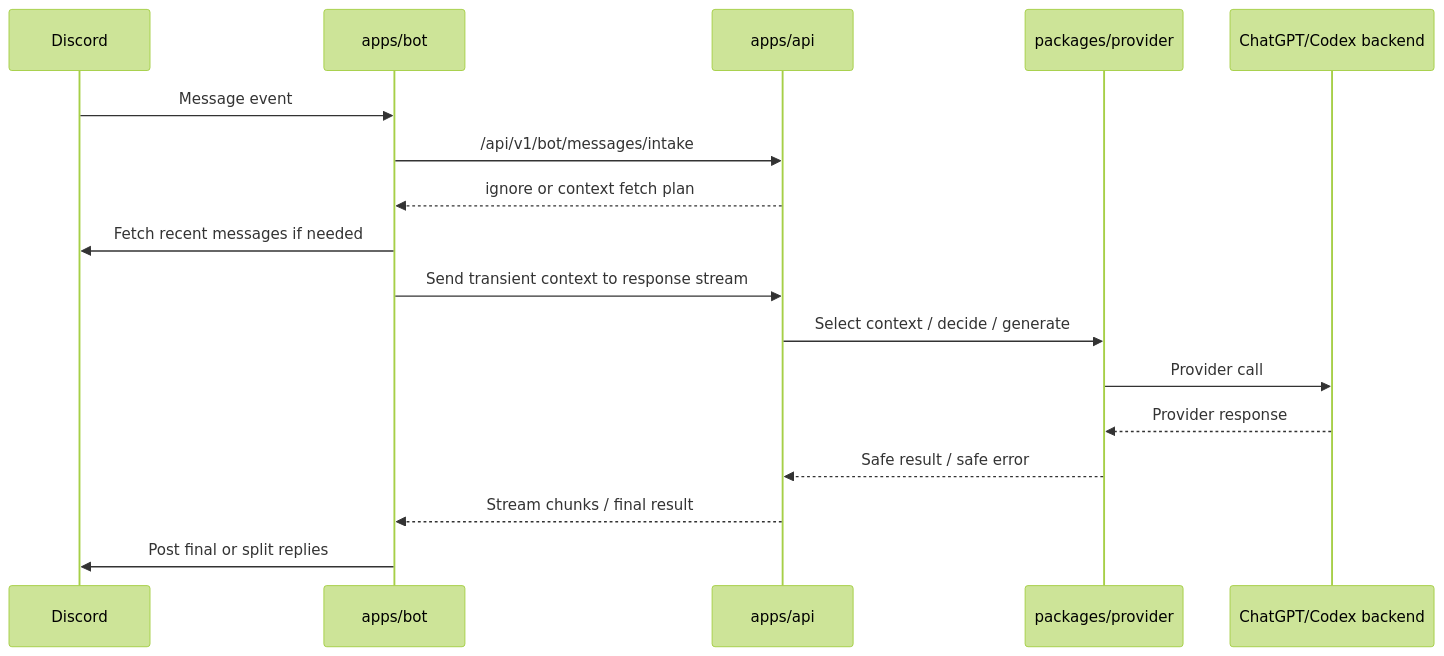
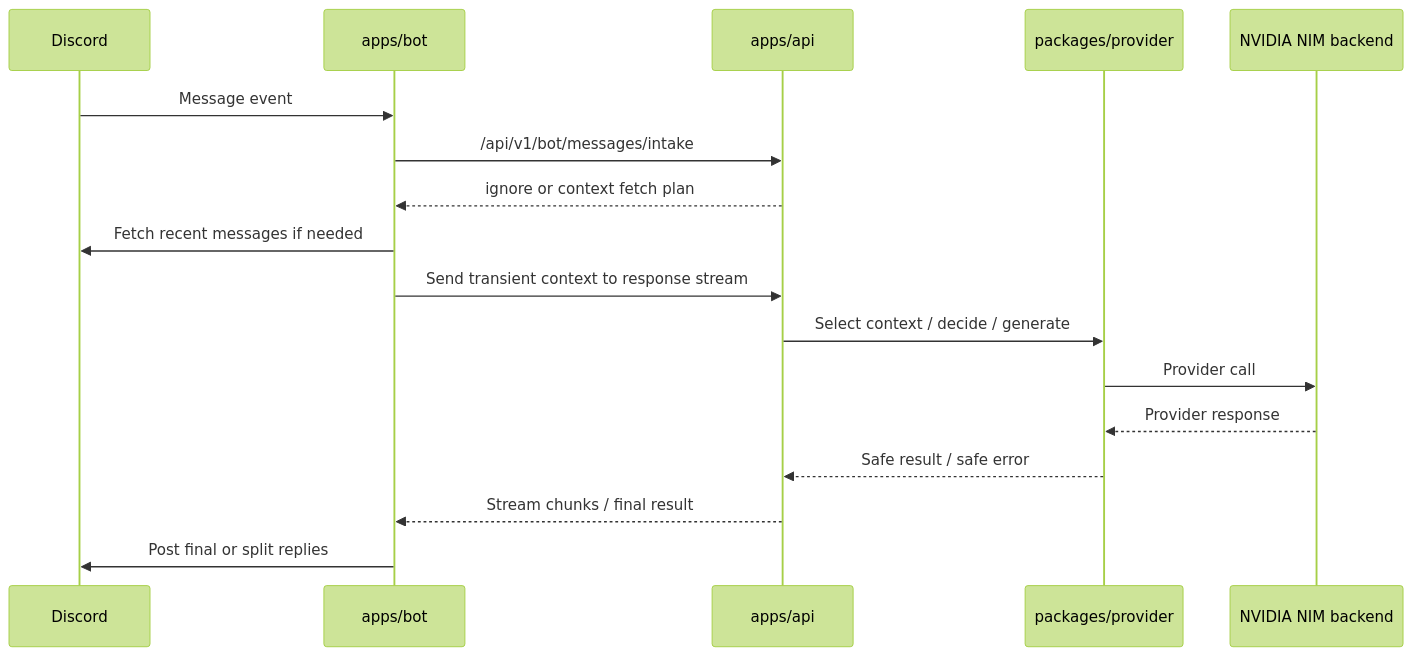
The second of 2 diagrams in README.md (WakuwakuP/dc-chatbot), drawn with Mermaid (forest theme) before and after one commit. The commit also changed other lines of this file and 14 other files, not shown here.

Commit message:
docs: adopt NVIDIA NIM provider credential

````diff
--- a/README.md
+++ b/README.md
@@ -224,20 +224,20 @@
 ```mermaid
 sequenceDiagram
     participant D as Discord
     participant B as apps/bot
     participant A as apps/api
     participant P as packages/provider
-    participant C as ChatGPT/Codex backend
+    participant C as NVIDIA NIM backend
 
     D->>B: Message event
     B->>A: /api/v1/bot/messages/intake
     A-->>B: ignore or context fetch plan
     B->>D: Fetch recent messages if needed
     B->>A: Send transient context to response stream
     A->>P: Select context / decide / generate
     P->>C: Provider call
     C-->>P: Provider response
     P-->>A: Safe result / safe error
     A-->>B: Stream chunks / final result
     B->>D: Post final or split replies
 ```
````
